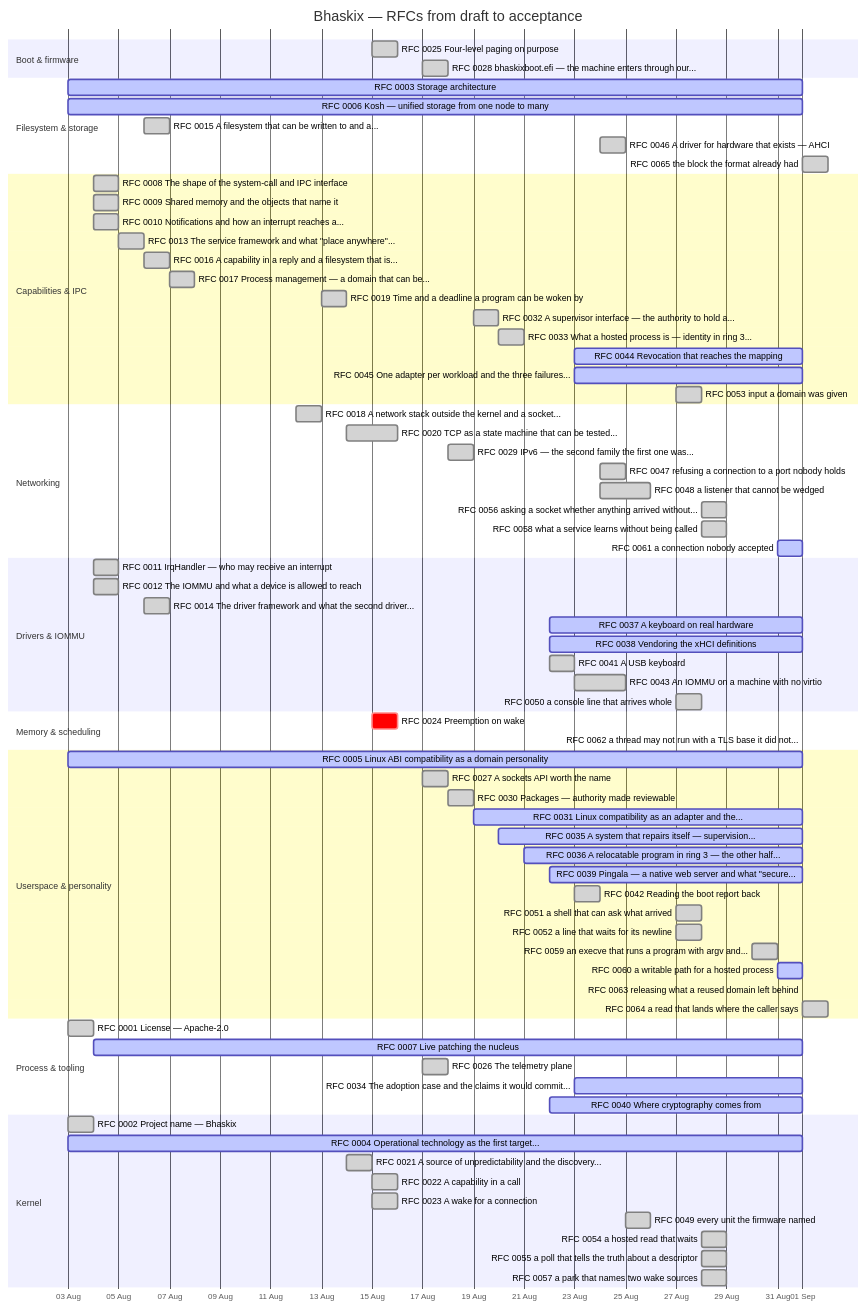
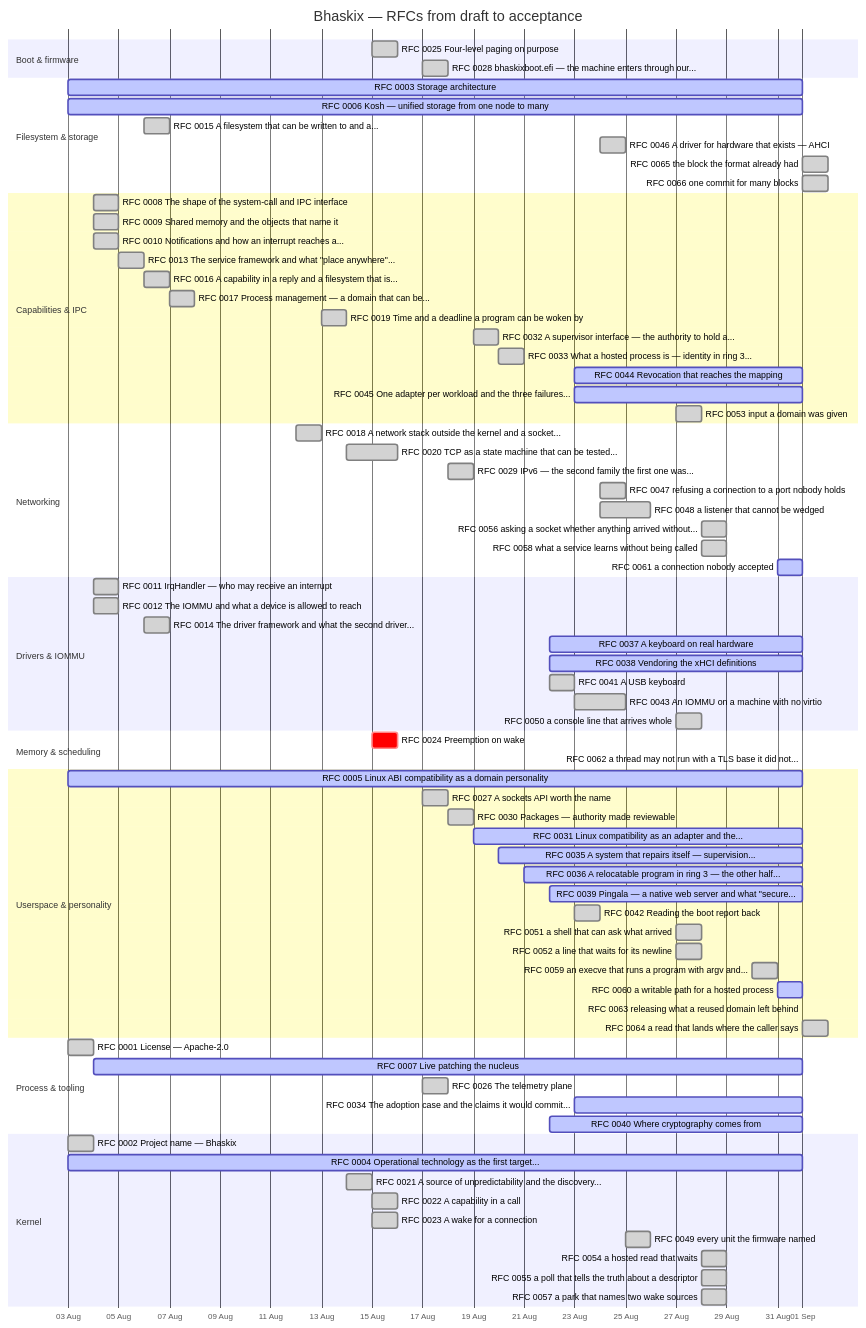
Before and after one commit to bhaskix/bhaskix: the diagram in docs/progress.md, drawn with Mermaid. The commit also changed other lines of this file and 5 other files, not shown here.

First line of the commit message:
fs: RFC 0066 -- one commit for many blocks

````diff
--- a/docs/progress.md
+++ b/docs/progress.md
@@ -24,81 +24,82 @@
 ```mermaid
 gantt
     title Bhaskix — RFCs from draft to acceptance
     dateFormat YYYY-MM-DD
     axisFormat %d %b
     todayMarker off
     section Boot & firmware
     RFC 0025 Four-level paging on purpose :done, r0025, 2026-08-15, 2026-08-16
     RFC 0028 bhaskixboot.efi — the machine enters through our... :done, r0028, 2026-08-17, 2026-08-18
     section Filesystem & storage
     RFC 0003 Storage architecture :active, r0003, 2026-08-03, 2026-09-01
     RFC 0006 Kosh — unified storage from one node to many :active, r0006, 2026-08-03, 2026-09-01
     RFC 0015 A filesystem that can be written to and a... :done, r0015, 2026-08-06, 1d
     RFC 0046 A driver for hardware that exists — AHCI :done, r0046, 2026-08-24, 1d
     RFC 0065 the block the format already had :done, r0065, 2026-09-01, 1d
+    RFC 0066 one commit for many blocks :done, r0066, 2026-09-01, 1d
     section Capabilities & IPC
     RFC 0008 The shape of the system-call and IPC interface :done, r0008, 2026-08-04, 1d
     RFC 0009 Shared memory and the objects that name it :done, r0009, 2026-08-04, 1d
     RFC 0010 Notifications and how an interrupt reaches a... :done, r0010, 2026-08-04, 1d
     RFC 0013 The service framework and what "place anywhere"... :done, r0013, 2026-08-05, 1d
     RFC 0016 A capability in a reply and a filesystem that is... :done, r0016, 2026-08-06, 2026-08-07
     RFC 0017 Process management — a domain that can be... :done, r0017, 2026-08-07, 1d
     RFC 0019 Time and a deadline a program can be woken by :done, r0019, 2026-08-13, 2026-08-14
     RFC 0032 A supervisor interface — the authority to hold a... :done, r0032, 2026-08-19, 2026-08-20
     RFC 0033 What a hosted process is — identity in ring 3... :done, r0033, 2026-08-20, 1d
     RFC 0044 Revocation that reaches the mapping :active, r0044, 2026-08-23, 2026-09-01
     RFC 0045 One adapter per workload and the three failures... :active, r0045, 2026-08-23, 2026-09-01
     RFC 0053 input a domain was given :done, r0053, 2026-08-27, 1d
     section Networking
     RFC 0018 A network stack outside the kernel and a socket... :done, r0018, 2026-08-12, 2026-08-13
     RFC 0020 TCP as a state machine that can be tested... :done, r0020, 2026-08-14, 2026-08-16
     RFC 0029 IPv6 — the second family the first one was... :done, r0029, 2026-08-18, 1d
     RFC 0047 refusing a connection to a port nobody holds :done, r0047, 2026-08-24, 1d
     RFC 0048 a listener that cannot be wedged :done, r0048, 2026-08-24, 2026-08-26
     RFC 0056 asking a socket whether anything arrived without... :done, r0056, 2026-08-28, 1d
     RFC 0058 what a service learns without being called :done, r0058, 2026-08-28, 1d
     RFC 0061 a connection nobody accepted :active, r0061, 2026-08-31, 2026-09-01
     section Drivers & IOMMU
     RFC 0011 IrqHandler — who may receive an interrupt :done, r0011, 2026-08-04, 1d
     RFC 0012 The IOMMU and what a device is allowed to reach :done, r0012, 2026-08-04, 1d
     RFC 0014 The driver framework and what the second driver... :done, r0014, 2026-08-06, 1d
     RFC 0037 A keyboard on real hardware :active, r0037, 2026-08-22, 2026-09-01
     RFC 0038 Vendoring the xHCI definitions :active, r0038, 2026-08-22, 2026-09-01
     RFC 0041 A USB keyboard :done, r0041, 2026-08-22, 2026-08-23
     RFC 0043 An IOMMU on a machine with no virtio :done, r0043, 2026-08-23, 2026-08-25
     RFC 0050 a console line that arrives whole :done, r0050, 2026-08-27, 1d
     section Memory & scheduling
     RFC 0024 Preemption on wake :crit, r0024, 2026-08-15, 1d
     RFC 0062 a thread may not run with a TLS base it did not... :active, r0062, 2026-09-01, 2026-09-01
     section Userspace & personality
     RFC 0005 Linux ABI compatibility as a domain personality :active, r0005, 2026-08-03, 2026-09-01
     RFC 0027 A sockets API worth the name :done, r0027, 2026-08-17, 1d
     RFC 0030 Packages — authority made reviewable :done, r0030, 2026-08-18, 2026-08-19
     RFC 0031 Linux compatibility as an adapter and the... :active, r0031, 2026-08-19, 2026-09-01
     RFC 0035 A system that repairs itself — supervision... :active, r0035, 2026-08-20, 2026-09-01
     RFC 0036 A relocatable program in ring 3 — the other half... :active, r0036, 2026-08-21, 2026-09-01
     RFC 0039 Pingala — a native web server and what "secure... :active, r0039, 2026-08-22, 2026-09-01
     RFC 0042 Reading the boot report back :done, r0042, 2026-08-23, 1d
     RFC 0051 a shell that can ask what arrived :done, r0051, 2026-08-27, 1d
     RFC 0052 a line that waits for its newline :done, r0052, 2026-08-27, 1d
     RFC 0059 an execve that runs a program with argv and... :done, r0059, 2026-08-30, 1d
     RFC 0060 a writable path for a hosted process :active, r0060, 2026-08-31, 2026-09-01
     RFC 0063 releasing what a reused domain left behind :active, r0063, 2026-09-01, 2026-09-01
     RFC 0064 a read that lands where the caller says :done, r0064, 2026-09-01, 1d
     section Process & tooling
     RFC 0001 License — Apache-2.0 :done, r0001, 2026-08-03, 1d
     RFC 0007 Live patching the nucleus :active, r0007, 2026-08-04, 2026-09-01
     RFC 0026 The telemetry plane :done, r0026, 2026-08-17, 1d
     RFC 0034 The adoption case and the claims it would commit... :active, r0034, 2026-08-23, 2026-09-01
     RFC 0040 Where cryptography comes from :active, r0040, 2026-08-22, 2026-09-01
     section Kernel
     RFC 0002 Project name — Bhaskix :done, r0002, 2026-08-03, 1d
     RFC 0004 Operational technology as the first target... :active, r0004, 2026-08-03, 2026-09-01
     RFC 0021 A source of unpredictability and the discovery... :done, r0021, 2026-08-14, 1d
     RFC 0022 A capability in a call :done, r0022, 2026-08-15, 2026-08-16
     RFC 0023 A wake for a connection :done, r0023, 2026-08-15, 2026-08-16
     RFC 0049 every unit the firmware named :done, r0049, 2026-08-25, 1d
     RFC 0054 a hosted read that waits :done, r0054, 2026-08-28, 1d
     RFC 0055 a poll that tells the truth about a descriptor :done, r0055, 2026-08-28, 1d
     RFC 0057 a park that names two wake sources :done, r0057, 2026-08-28, 1d
 ```
````
